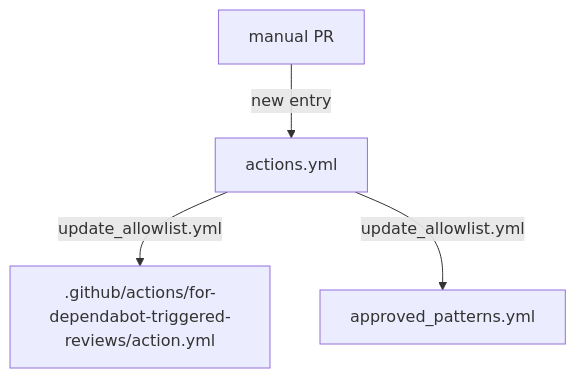
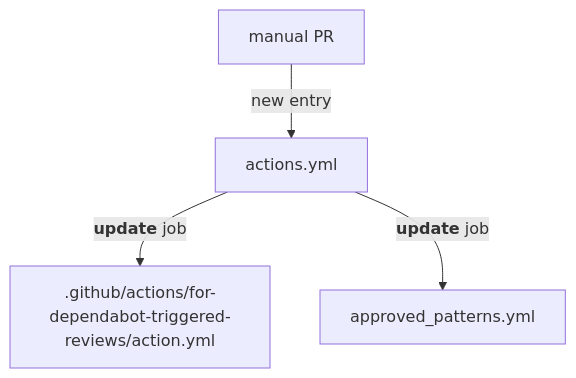
One commit to apache/infrastructure-actions changed the second of 4 diagrams in README.md. Above: the diagram before and after it, drawn with Mermaid. The commit also changed other lines of this file and 2 other files, not shown here.

First line of the commit message:
workflows: inline approved-cap check, drop PAT, consolidate check_approved_limit.yml

````diff
--- a/README.md
+++ b/README.md
@@ -149,6 +147,6 @@
 ```mermaid
 graph TD;
     manual["manual PR"]--new entry-->actions.yml
-    actions.yml--"update_allowlist.yml"-->composite[".github/actions/for-dependabot-triggered-reviews/action.yml"]
-    actions.yml--"update_allowlist.yml"-->approved["approved_patterns.yml"]
+    actions.yml--"<b>update</b> job"-->composite[".github/actions/for-dependabot-triggered-reviews/action.yml"]
+    actions.yml--"<b>update</b> job"-->approved["approved_patterns.yml"]
 ```
````
